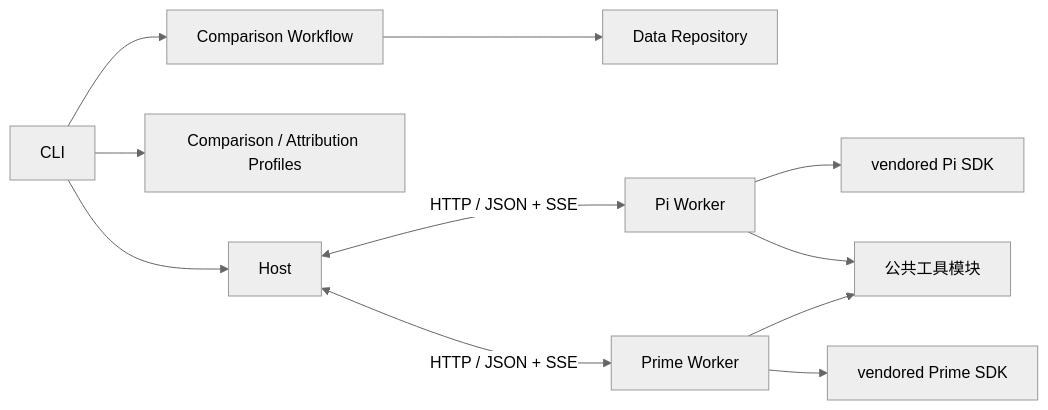
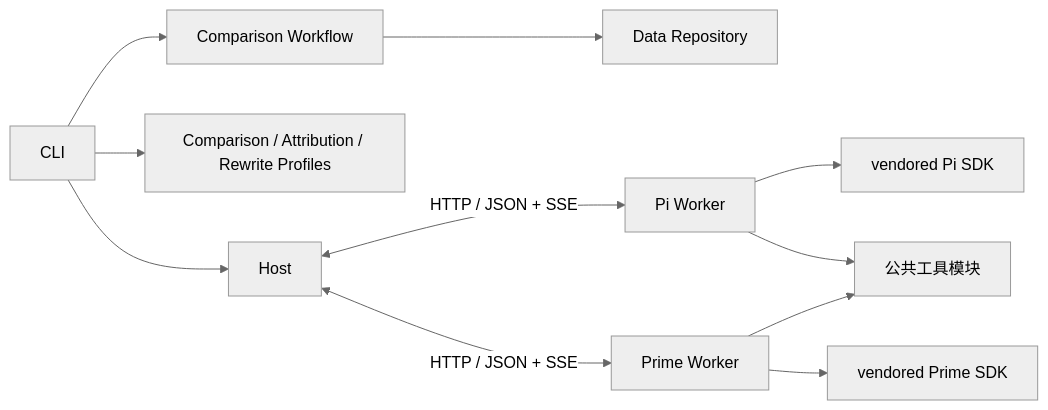
Before and after one commit to cmy-hhxx/agent_eval_harness: the diagram in docs/architecture.md, drawn with Mermaid (neutral theme). The commit also changed other lines of this file and 42 other files, not shown here.

````diff
--- a/docs/architecture.md
+++ b/docs/architecture.md
@@ -9,13 +9,13 @@
 ```mermaid
 flowchart LR
   CLI --> Host
-  CLI --> Agents[Comparison / Attribution Profiles]
+  CLI --> Agents[Comparison / Attribution / Rewrite Profiles]
   CLI --> Workflow[Comparison Workflow]
   Workflow --> Data[Data Repository]
   Host <-->|HTTP / JSON + SSE| Pi[Pi Worker]
   Host <-->|HTTP / JSON + SSE| Prime[Prime Worker]
   Pi --> PiSDK[vendored Pi SDK]
   Prime --> PrimeSDK[vendored Prime SDK]
   Pi --> Tools[公共工具模块]
   Prime --> Tools
 ```
````
